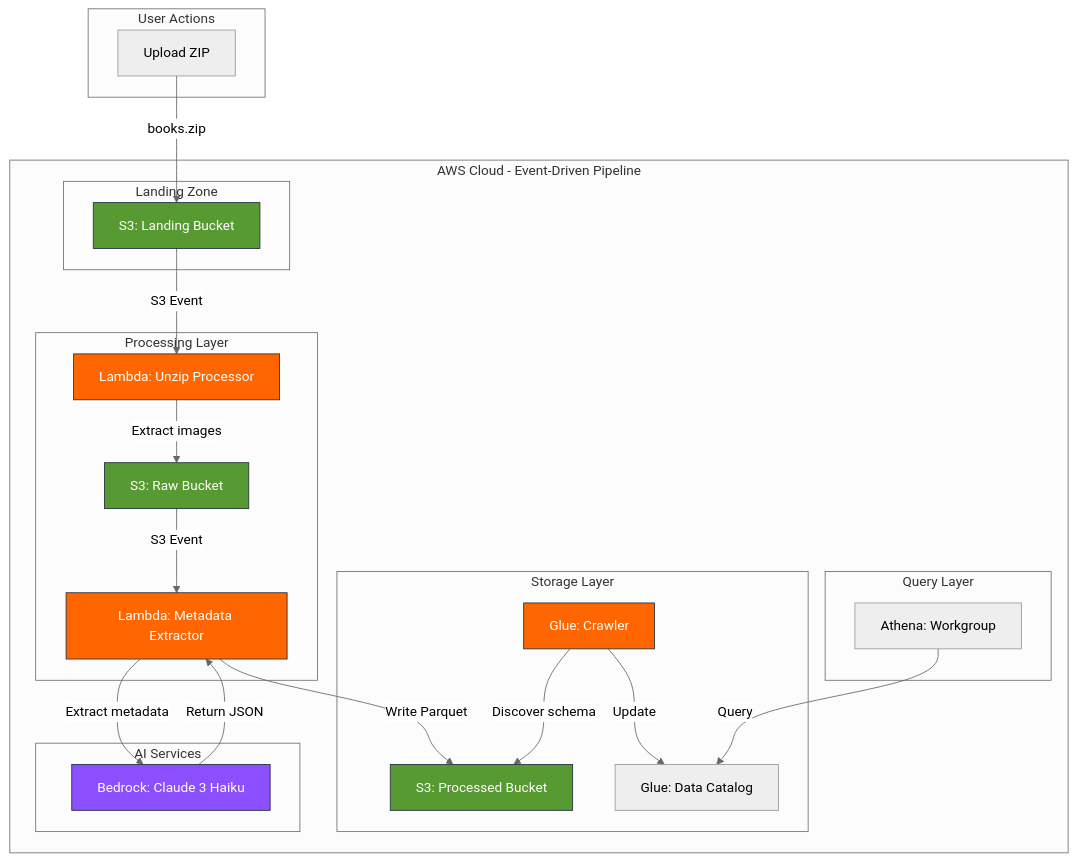
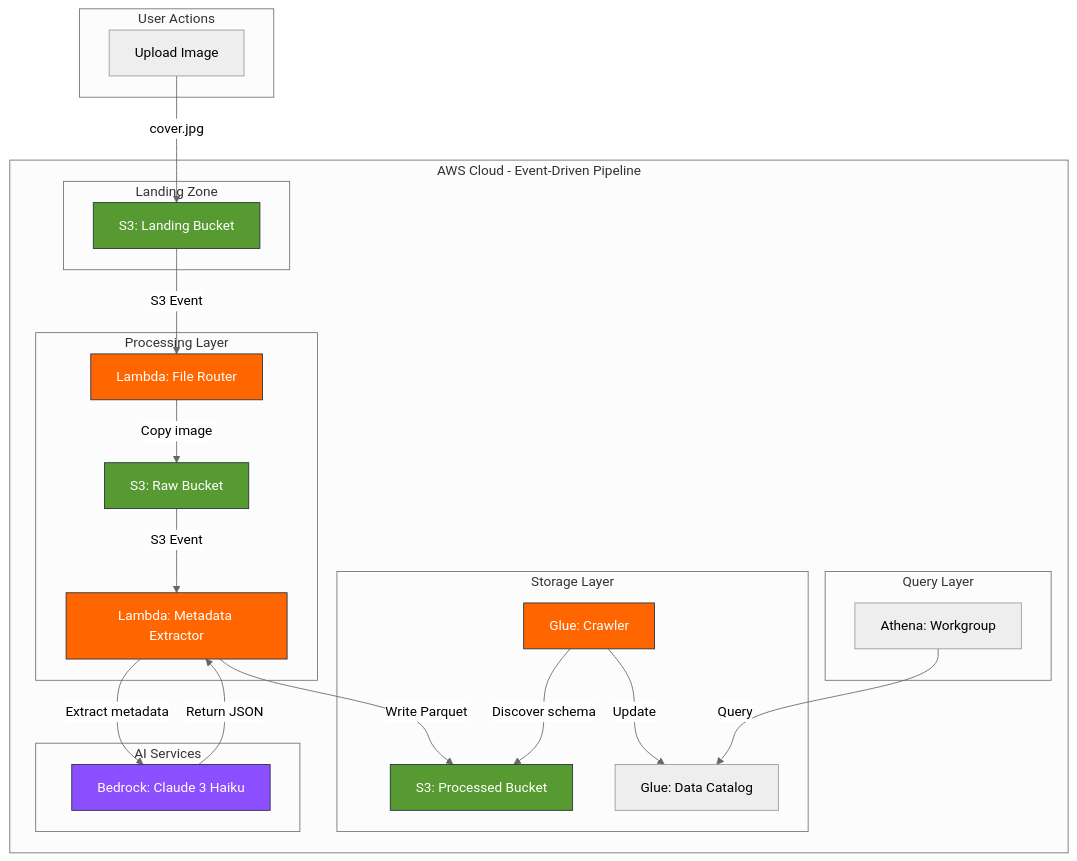
The diagram in README.md (sudoblark/sudoblark.ai.bookshelf-demo), drawn with Mermaid (neutral theme) before and after one commit. The commit also changed other lines of this file and 30 other files, not shown here.

First line of the commit message:
feat(lambda): refactor pipeline to file-router with common layer and OOP handlers (#12)

````diff
--- a/README.md
+++ b/README.md
@@ -105,51 +121,51 @@
 ```mermaid
 graph TB
     subgraph "User Actions"
-        A[Upload ZIP]
+        A[Upload Image]
     end
 
     subgraph "AWS Cloud - Event-Driven Pipeline"
         subgraph "Landing Zone"
             B[S3: Landing Bucket]
         end
 
         subgraph "Processing Layer"
-            C[Lambda: Unzip Processor]
+            C[Lambda: File Router]
             D[S3: Raw Bucket]
             E[Lambda: Metadata Extractor]
         end
 
         subgraph "Storage Layer"
             F[S3: Processed Bucket]
             G[Glue: Crawler]
             H[Glue: Data Catalog]
         end
 
         subgraph "Query Layer"
             I[Athena: Workgroup]
         end
 
         subgraph "AI Services"
             J[Bedrock: Claude 3 Haiku]
         end
     end
 
-    A -->|books.zip| B
+    A -->|cover.jpg| B
     B -->|S3 Event| C
-    C -->|Extract images| D
+    C -->|Copy image| D
     D -->|S3 Event| E
     E -->|Extract metadata| J
     J -->|Return JSON| E
     E -->|Write Parquet| F
     G -->|Discover schema| F
     G -->|Update| H
     I -->|Query| H
 
     classDef storage fill:#569A31,stroke:#232F3E,color:#fff
     classDef compute fill:#FF6600,stroke:#232F3E,color:#fff
     classDef ai fill:#8C4FFF,stroke:#232F3E,color:#fff
 
     class B,D,F storage
     class C,E,G compute
     class J ai
 ```
````
